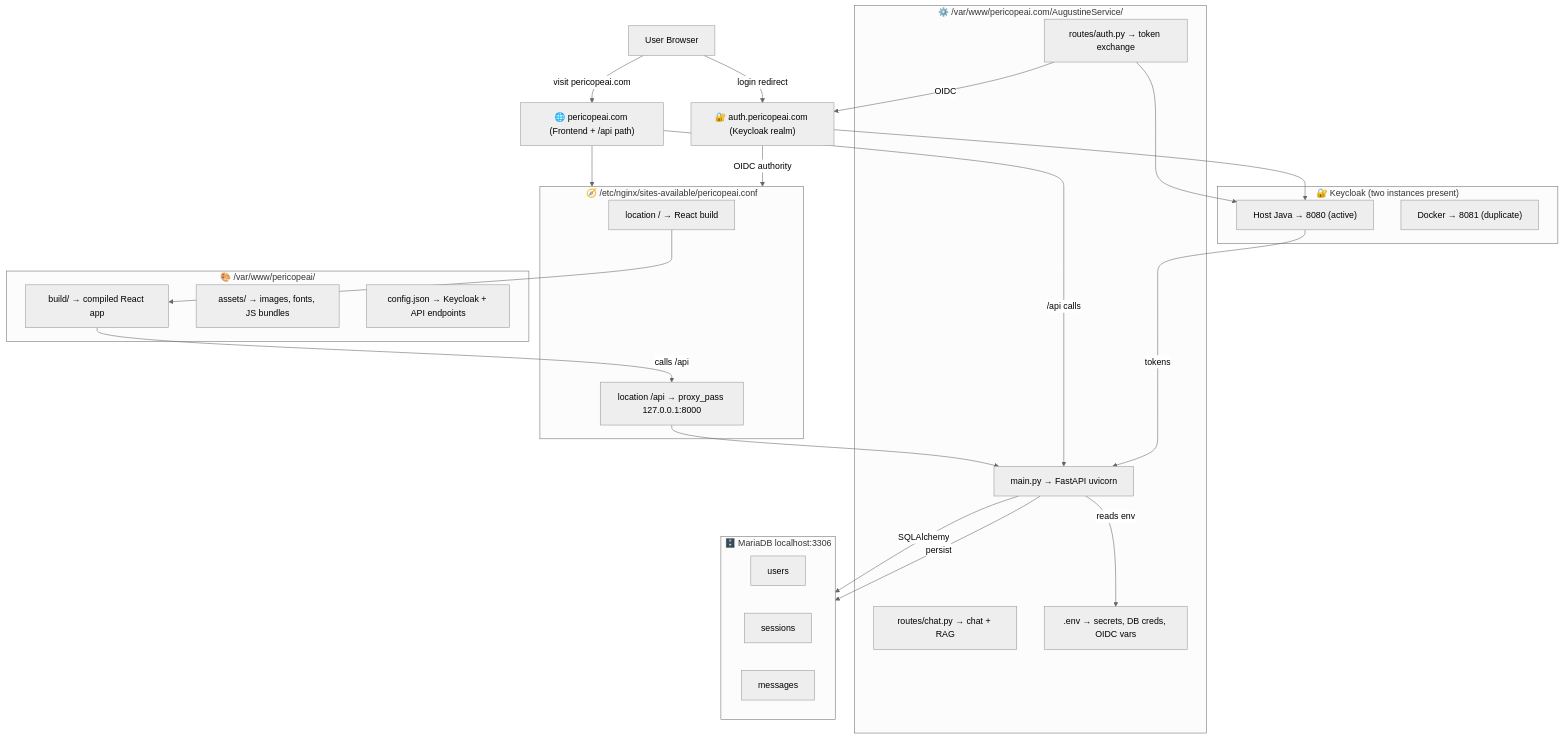
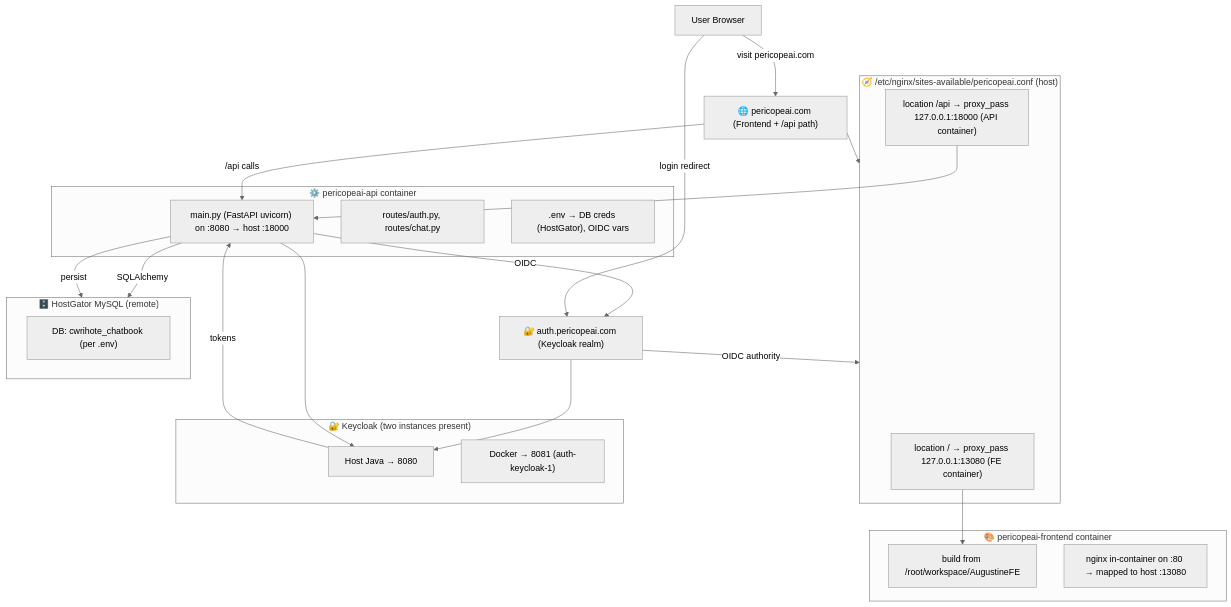
One commit to benlagrone/fortress-phronesis changed the diagram in docs/pericope-ai.mmd. Above: the diagram before and after it, drawn with Mermaid (neutral theme). The commit also changed 5 other files, not shown here.

```diff
--- a/docs/pericope-ai.mmd
+++ b/docs/pericope-ai.mmd
@@ -1,62 +1,56 @@
 graph TD
 
 %% ─── ENTRYPOINTS ─────────────────────────────
 A1["🌐 pericopeai.com (Frontend + /api path)"]
 A2["🔐 auth.pericopeai.com (Keycloak realm)"]
 
 %% ─── NGINX CONFIGURATION ─────────────────────
-subgraph S1["🧭 /etc/nginx/sites-available/pericopeai.conf"]
-  S1a["location / → React build"]
-  S1b["location /api → proxy_pass 127.0.0.1:8000"]
+subgraph S1["🧭 /etc/nginx/sites-available/pericopeai.conf (host)"]
+  S1a["location / → proxy_pass 127.0.0.1:13080 (FE container)"]
+  S1b["location /api → proxy_pass 127.0.0.1:18000 (API container)"]
 end
 
 A1 --> S1
 A2 -->|OIDC authority| S1
 
-%% ─── FRONTEND ────────────────────────────────
-subgraph S2["🎨 /var/www/pericopeai/"]
-  S2a["build/ → compiled React app"]
-  S2b["assets/ → images, fonts, JS bundles"]
-  S2c["config.json → Keycloak + API endpoints"]
+%% ─── FRONTEND (CONTAINER) ─────────────────────
+subgraph S2["🎨 pericopeai-frontend container"]
+  S2a["build from /root/workspace/AugustineFE"]
+  S2b["nginx in-container on :80 → mapped to host :13080"]
 end
 
 S1a --> S2a
-S2a -->|calls /api| S1b
 
-%% ─── BACKEND (HOST PROCESS) ──────────────────
-subgraph S3["⚙️ /var/www/pericopeai.com/AugustineService/"]
-  S3a["main.py → FastAPI uvicorn"]
-  S3b["routes/auth.py → token exchange"]
-  S3c["routes/chat.py → chat + RAG"]
-  S3d[".env → secrets, DB creds, OIDC vars"]
+%% ─── BACKEND (CONTAINER) ─────────────────────
+subgraph S3["⚙️ pericopeai-api container"]
+  S3a["main.py (FastAPI uvicorn) on :8080 → host :18000"]
+  S3b["routes/auth.py, routes/chat.py"]
+  S3c[".env → DB creds (HostGator), OIDC vars"]
 end
 
 S1b --> S3a
-S3b -->|OIDC| A2
-S3a -->|reads env| S3d
+S3a -->|OIDC| A2
 
 %% ─── DATABASE ────────────────────────────────
-subgraph S4["🗄️ MariaDB localhost:3306"]
-  S4a["users"]
-  S4b["sessions"]
-  S4c["messages"]
+subgraph S4["🗄️ HostGator MySQL (remote)"]
+  S4a["DB: cwrihote_chatbook (per .env)"]
 end
 
 S3a -->|SQLAlchemy| S4
 
 %% ─── AUTH SERVER ─────────────────────────────
 subgraph S5["🔐 Keycloak (two instances present)"]
-  S5a["Host Java → 8080 (active)"]
-  S5b["Docker → 8081 (duplicate)"]
+  S5a["Host Java → 8080"]
+  S5b["Docker → 8081 (auth-keycloak-1)"]
 end
 
 A2 --> S5a
-S3b --> S5a
+S3a --> S5a
 
 %% ─── LOGICAL FLOW ────────────────────────────
 User["User Browser"] -->|visit pericopeai.com| A1
 User -->|login redirect| A2
 A1 -->|/api calls| S3a
 S3a -->|persist| S4
 S5a -->|tokens| S3a
 %% Note: API served via path /api on pericopeai.com (api.* subdomain unused).
```
